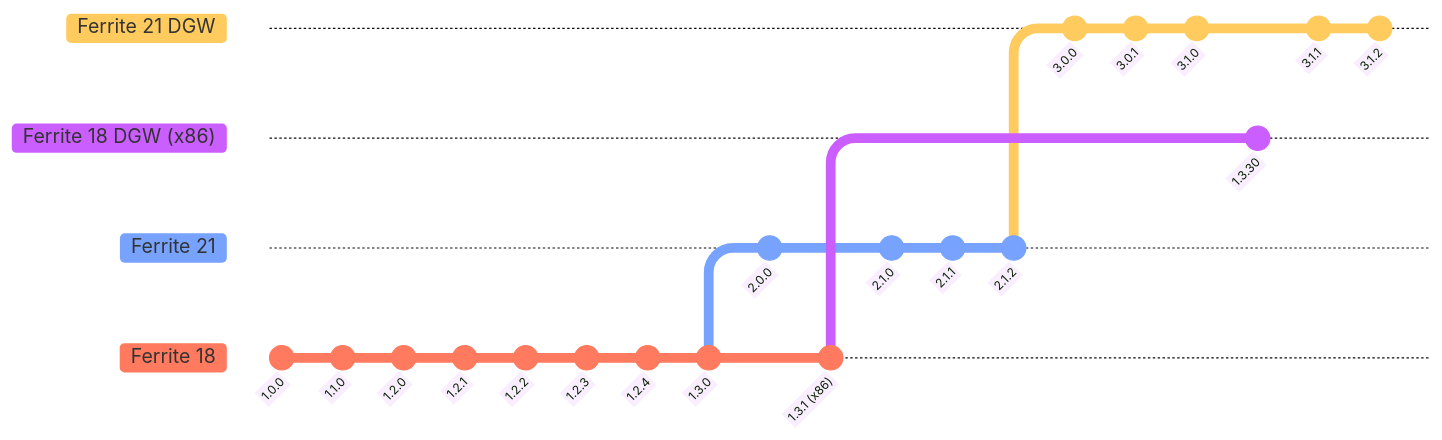
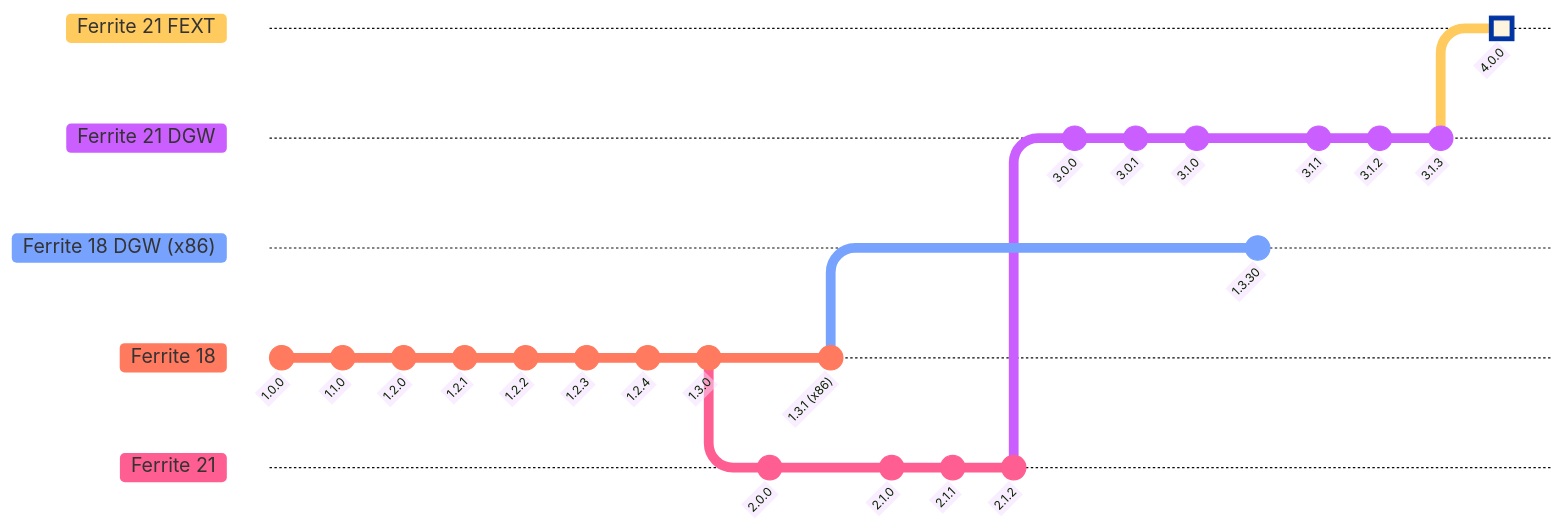
The diagram in README.md (koh-gt/ferrite-core), drawn with Mermaid before and after one commit. The commit also changed other lines of this file, not shown here.

````diff
--- a/README.md
+++ b/README.md
@@ -4,31 +4,35 @@
 ```mermaid
     %%{init: { 'logLevel': 'debug', 'theme': 'base', 'gitGraph': {'showBranches': true, 'showCommitLabel':true,'mainBranchName': 'Ferrite 18', 'mainBranchOrder':4}} }%%
       gitGraph
         commit id:"1.0.0"
         commit id:"1.1.0"
         commit id:"1.2.0"
         commit id:"1.2.1"
         commit id:"1.2.2"
         commit id:"1.2.3"
         commit id:"1.2.4"
         commit id:"1.3.0"
-        branch "Ferrite 21" order: 3
+        branch "Ferrite 21" order: 4
         commit id:"2.0.0"
         checkout "Ferrite 18"
         commit id:"1.3.1 (x86)"
         checkout "Ferrite 21"
         commit id:"2.1.0"
         commit id:"2.1.1"
         commit id:"2.1.2"
-        branch "Ferrite 21 DGW" order: 1
+        branch "Ferrite 21 DGW" order: 2
         commit id:"3.0.0"
         commit id:"3.0.1"
         commit id:"3.1.0"
         checkout "Ferrite 18"
-        branch "Ferrite 18 DGW (x86)" order: 2
+        branch "Ferrite 18 DGW (x86)" order: 3
         commit id:"1.3.30"
         checkout "Ferrite 21 DGW"
         commit id:"3.1.1"
         commit id:"3.1.2"
+        commit id:"3.1.3"
+        branch "Ferrite 21 FEXT" order: 1
+        commit id:"4.0.0" type: HIGHLIGHT
+        
 
 ```
````
